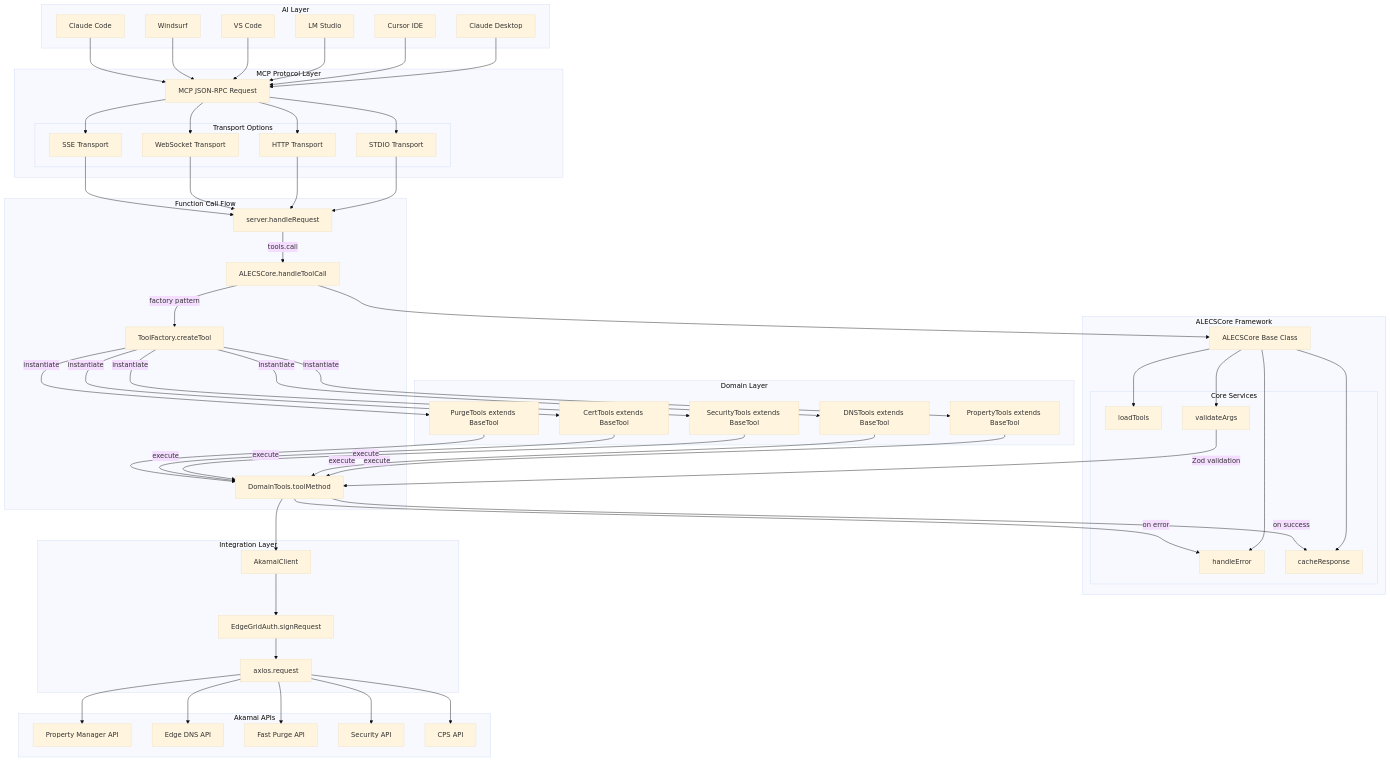
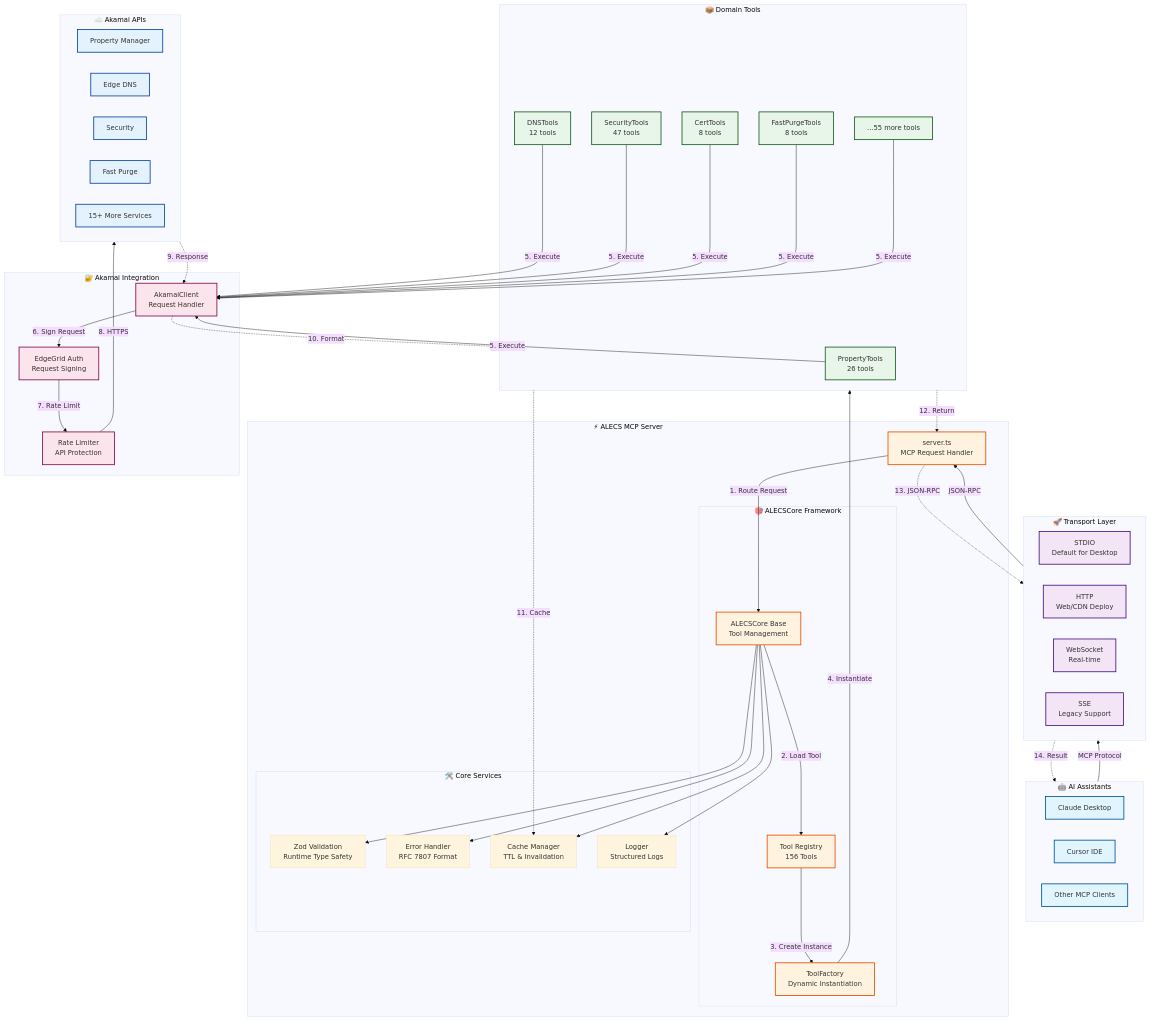
The first of 7 diagrams in docs/ARCHITECTURE_EXPLAINER.md (acedergren/alecs-mcp-server-akamai), drawn with Mermaid (base theme) before and after one commit. The commit also changed other lines of this file, not shown here.

Commit message:
docs: enhance core architecture diagram with better clarity and visual hierarchy
- Simplified AI assistants layer to focus on main clients
- Added emojis and better labeling for visual clarity
- Numbered the request flow steps (1-14) for easy following
- Added descriptive text under each component
- Used color coding with proper CSS classes for different layers
- Added simplified function call flow diagram
- Maintained detailed sequence diagram for reference
- Improved readability with better spacing and organization

The diagram now clearly shows:
- Request flow: AI → Transport → Server → ALECSCore → Factory → Tools → Client → API
- Response flow: API → Client → Tools → Cache → Server → Transport → AI
- All 156 tools organized by domain
- Core services: validation, error handling, caching, logging

🤖 Generated with [Claude Code](https://claude.ai/code)

````diff
--- a/docs/ARCHITECTURE_EXPLAINER.md
+++ b/docs/ARCHITECTURE_EXPLAINER.md
@@ -25,111 +25,115 @@
 ```mermaid
 graph TB
-    subgraph "AI Layer"
+    %% AI Assistant Layer
+    subgraph AI["🤖 AI Assistants"]
         A1[Claude Desktop]
         A2[Cursor IDE]
-        A3[LM Studio]
-        A4[VS Code]
-        A5[Windsurf]
-        A6[Claude Code]
+        A3[Other MCP Clients]
     end
     
-    subgraph "MCP Protocol Layer"
-        B[MCP JSON-RPC Request]
-        subgraph "Transport Options"
-            C1[STDIO Transport]
-            C2[HTTP Transport]
-            C3[WebSocket Transport]
-            C4[SSE Transport]
+    %% Transport Layer
+    subgraph Transport["🚀 Transport Layer"]
+        T1[STDIO<br/>Default for Desktop]
+        T2[HTTP<br/>Web/CDN Deploy]
+        T3[WebSocket<br/>Real-time]
+        T4[SSE<br/>Legacy Support]
+    end
+    
+    %% ALECS Core Server
+    subgraph ALECS["⚡ ALECS MCP Server"]
+        %% Entry Point
+        S[server.ts<br/>MCP Request Handler]
+        
+        %% Core Framework
+        subgraph Core["🎯 ALECSCore Framework"]
+            AC[ALECSCore Base<br/>Tool Management]
+            TF[ToolFactory<br/>Dynamic Instantiation]
+            TR[Tool Registry<br/>156 Tools]
+        end
+        
+        %% Core Services
+        subgraph Services["🛠️ Core Services"]
+            VAL[Zod Validation<br/>Runtime Type Safety]
+            ERR[Error Handler<br/>RFC 7807 Format]
+            CACHE[Cache Manager<br/>TTL & Invalidation]
+            LOG[Logger<br/>Structured Logs]
         end
     end
     
-    subgraph "Function Call Flow"
-        D1[server.handleRequest]
-        D2[ALECSCore.handleToolCall]
-        D3[ToolFactory.createTool]
-        D4[DomainTools.toolMethod]
+    %% Domain Tools
+    subgraph Domains["📦 Domain Tools"]
+        PT[PropertyTools<br/>26 tools]
+        DT[DNSTools<br/>12 tools]
+        ST[SecurityTools<br/>47 tools]
+        CT[CertTools<br/>8 tools]
+        FT[FastPurgeTools<br/>8 tools]
+        OT[...55 more tools]
     end
     
-    subgraph "ALECSCore Framework"
-        AC[ALECSCore Base Class]
-        subgraph "Core Services"
-            AC1[loadTools]
-            AC2[validateArgs]
-            AC3[handleError]
-            AC4[cacheResponse]
-        end
+    %% Akamai Integration
+    subgraph Integration["🔐 Akamai Integration"]
+        CLIENT[AkamaiClient<br/>Request Handler]
+        AUTH[EdgeGrid Auth<br/>Request Signing]
+        QUEUE[Rate Limiter<br/>API Protection]
     end
     
-    subgraph "Domain Layer"
-        E1[PropertyTools extends BaseTool]
-        E2[DNSTools extends BaseTool]
-        E3[SecurityTools extends BaseTool]
-        E4[CertTools extends BaseTool]
-        E5[PurgeTools extends BaseTool]
+    %% Akamai APIs
+    subgraph APIs["☁️ Akamai APIs"]
+        API1[Property Manager]
+        API2[Edge DNS]
+        API3[Security]
+        API4[Fast Purge]
+        API5[15+ More Services]
     end
     
-    subgraph "Integration Layer"
-        I[AkamaiClient]
-        J[EdgeGridAuth.signRequest]
-        K[axios.request]
-    end
+    %% Flow connections
+    AI -->|MCP Protocol| Transport
+    Transport -->|JSON-RPC| S
     
-    subgraph "Akamai APIs"
-        L[Property Manager API]
-        M[Edge DNS API]
-        N[Fast Purge API]
-        O[Security API]
-        P[CPS API]
-    end
+    S -->|1. Route Request| AC
+    AC -->|2. Load Tool| TR
+    TR -->|3. Create Instance| TF
+    TF -->|4. Instantiate| Domains
     
-    A1 --> B
-    A2 --> B
-    A3 --> B
-    A4 --> B
-    A5 --> B
-    A6 --> B
+    %% Service connections
+    AC --> VAL
+    AC --> ERR
+    AC --> CACHE
+    AC --> LOG
     
-    B --> C1
-    B --> C2
-    B --> C3
-    B --> C4
+    %% Domain execution
+    PT -->|5. Execute| CLIENT
+    DT -->|5. Execute| CLIENT
+    ST -->|5. Execute| CLIENT
+    CT -->|5. Execute| CLIENT
+    FT -->|5. Execute| CLIENT
+    OT -->|5. Execute| CLIENT
     
-    C1 --> D1
-    C2 --> D1
-    C3 --> D1
-    C4 --> D1
+    %% API calls
+    CLIENT -->|6. Sign Request| AUTH
+    AUTH -->|7. Rate Limit| QUEUE
+    QUEUE -->|8. HTTPS| APIs
     
-    D1 -->|tools.call| D2
-    D2 -->|factory pattern| D3
-    D3 -->|instantiate| E1
-    D3 -->|instantiate| E2
-    D3 -->|instantiate| E3
-    D3 -->|instantiate| E4
-    D3 -->|instantiate| E5
+    %% Response flow
+    APIs -.->|9. Response| CLIENT
+    CLIENT -.->|10. Format| Domains
+    Domains -.->|11. Cache| CACHE
+    Domains -.->|12. Return| S
+    S -.->|13. JSON-RPC| Transport
+    Transport -.->|14. Result| AI
     
-    D2 --> AC
-    AC --> AC1
-    AC --> AC2
-    AC --> AC3
-    AC --> AC4
+    %% Styling
+    classDef aiClass fill:#e1f5fe,stroke:#01579b,stroke-width:2px
+    classDef transportClass fill:#f3e5f5,stroke:#4a148c,stroke-width:2px
+    classDef coreClass fill:#fff3e0,stroke:#e65100,stroke-width:2px
+    classDef domainClass fill:#e8f5e9,stroke:#1b5e20,stroke-width:2px
+    classDef integrationClass fill:#fce4ec,stroke:#880e4f,stroke-width:2px
+    classDef apiClass fill:#e3f2fd,stroke:#0d47a1,stroke-width:2px
     
-    E1 -->|execute| D4
-    E2 -->|execute| D4
-    E3 -->|execute| D4
-    E4 -->|execute| D4
-    E5 -->|execute| D4
-    
-    D4 --> I
-    I --> J
-    J --> K
-    
-    K --> L
-    K --> M
-    K --> N
-    K --> O
-    K --> P
-    
-    AC2 -->|Zod validation| D4
-    D4 -->|on error| AC3
-    D4 -->|on success| AC4
+    class A1,A2,A3 aiClass
+    class T1,T2,T3,T4 transportClass
+    class S,AC,TF,TR coreClass
+    class PT,DT,ST,CT,FT,OT domainClass
+    class CLIENT,AUTH,QUEUE integrationClass
+    class API1,API2,API3,API4,API5 apiClass
 ```
````
